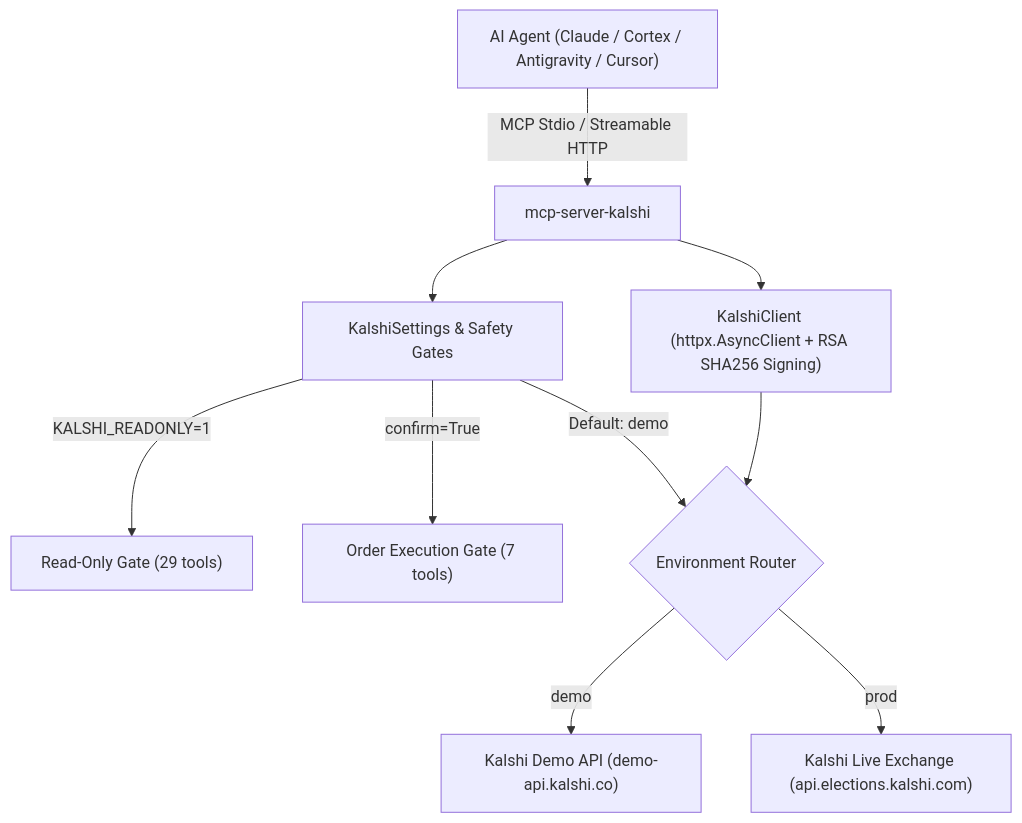
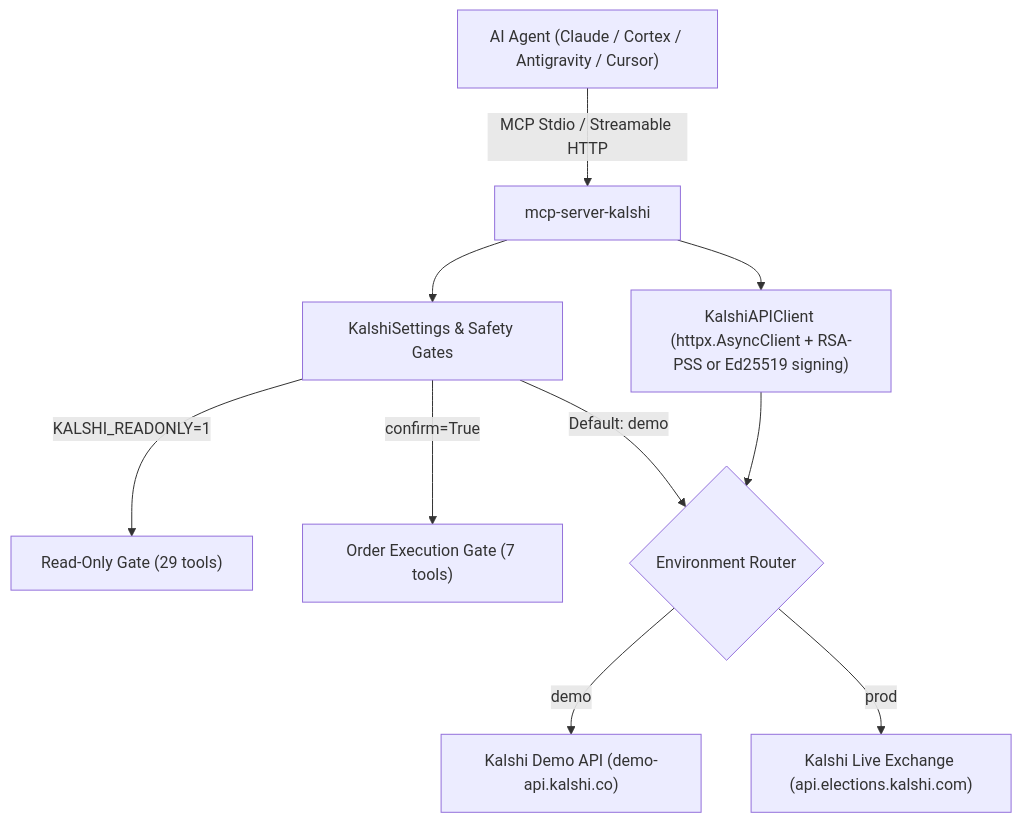
Before and after one commit to christianclaudio/mcp-server-kalshi: the diagram in README.md, drawn with Mermaid. The commit also changed other lines of this file and 22 other files, not shown here.

````diff
--- a/README.md
+++ b/README.md
@@ -11,12 +11,12 @@
 ```mermaid
 graph TD
     Client["AI Agent (Claude / Cortex / Antigravity / Cursor)"] -->|"MCP Stdio / Streamable HTTP"| Server["mcp-server-kalshi"]
     Server --> Config["KalshiSettings & Safety Gates"]
     Config -->|"KALSHI_READONLY=1"| RO["Read-Only Gate (29 tools)"]
     Config -->|"confirm=True"| Mutating["Order Execution Gate (7 tools)"]
     Config -->|"Default: demo"| EnvSelect{"Environment Router"}
     EnvSelect -->|"demo"| DemoAPI["Kalshi Demo API (demo-api.kalshi.co)"]
     EnvSelect -->|"prod"| ProdAPI["Kalshi Live Exchange (api.elections.kalshi.com)"]
-    Server --> ClientPool["KalshiClient (httpx.AsyncClient + RSA SHA256 Signing)"]
+    Server --> ClientPool["KalshiAPIClient (httpx.AsyncClient + RSA-PSS or Ed25519 signing)"]
     ClientPool --> EnvSelect
 ```
````
